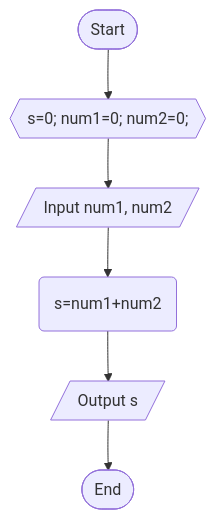
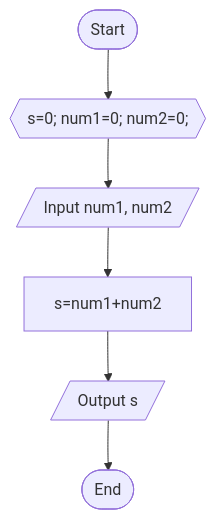
One commit to giyugg/cc103-1st_semester changed the diagram in CC 103 - Lesson 3 Problems/flowchart_prob1.mmd. Above: the diagram before and after it, drawn with Mermaid. The commit also changed 2 other files, not shown here.

Commit message:
Added flowcharts for other problems.

```diff
--- a/CC 103 - Lesson 3 Problems/flowchart_prob1.mmd
+++ b/CC 103 - Lesson 3 Problems/flowchart_prob1.mmd
@@ -1,14 +1,14 @@
 flowchart TD
         A(["Start"])
         B{{"s=0; num1=0; num2=0;"}}
         C[/"Input num1, num2"/]
-        D(s=num1+num2)
+        D[s=num1+num2]
         E[/"Output s"/]
         F(["End"])
     
     %% Edge connections between nodes
         A --> B
         B --> C
         C --> D
         D --> E
         E --> F
```
